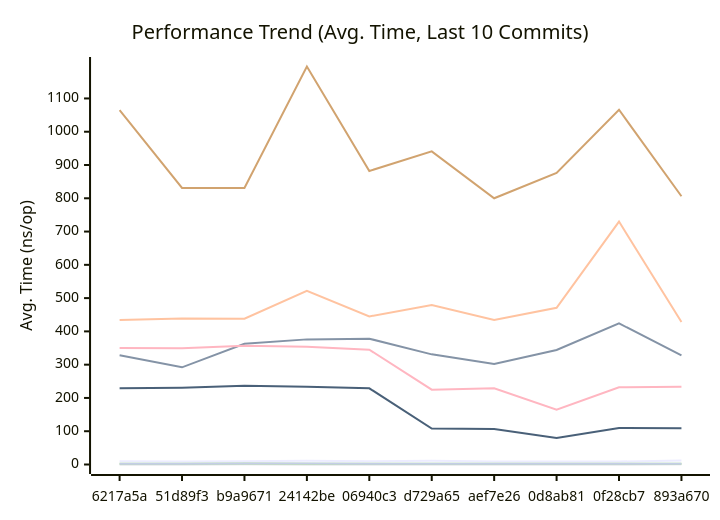
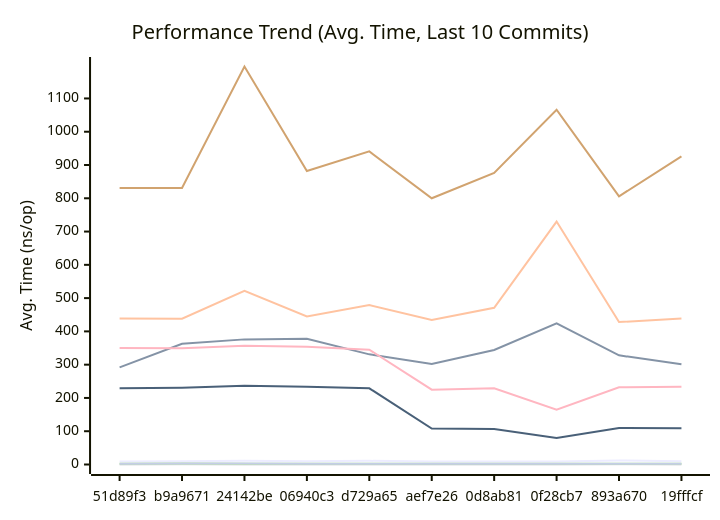
The first of 3 diagrams in docs/PERFORMANCE.md (alsotoes/momo), drawn with Mermaid before and after one commit. The commit also changed other lines of this file and 3 other files, not shown here.

````diff
--- a/docs/PERFORMANCE.md
+++ b/docs/PERFORMANCE.md
@@ -80,16 +80,16 @@
 ```mermaid
 xychart-beta
     title "Performance Trend (Avg. Time, Last 10 Commits)"
     x-axis "Commit"
     y-axis "Avg. Time (ns/op)"
-    x-axis [6217a5a,51d89f3,b9a9671,24142be,06940c3,d729a65,aef7e26,0d8ab81,0f28cb7,893a670]
-    line "CheckMetricsAndSwap" [10,9,10,11,10,11,9,9,9,12]
-    line "CrushOptimized" [328,292,363,376,378,331,302,344,424,328]
-    line "CrushOriginal" [434,439,438,522,445,479,434,471,730,428]
-    line "IndexDirectTracking" [0,0,1,0,0,0,0,0,0,1]
-    line "IndexSearch" [2,2,3,2,2,2,2,2,2,2]
-    line "LoadGlobalConfig" [1065,831,831,1196,882,941,800,876,1066,806]
-    line "PadString" [2,2,3,3,2,2,2,2,2,2]
+    x-axis [51d89f3,b9a9671,24142be,06940c3,d729a65,aef7e26,0d8ab81,0f28cb7,893a670,19fffcf]
+    line "CheckMetricsAndSwap" [9,10,11,10,11,9,9,9,12,10]
+    line "CrushOptimized" [292,363,376,378,331,302,344,424,328,301]
+    line "CrushOriginal" [439,438,522,445,479,434,471,730,428,439]
+    line "IndexDirectTracking" [0,1,0,0,0,0,0,0,1,0]
+    line "IndexSearch" [2,3,2,2,2,2,2,2,2,2]
+    line "LoadGlobalConfig" [831,831,1196,882,941,800,876,1066,806,926]
+    line "PadString" [2,3,3,2,2,2,2,2,2,2]
     line "ParseReplicationOrder_NoPrealloc" [350,349,357,354,345,225,229,165,232,234]
     line "ParseReplicationOrder_Prealloc" [229,231,237,234,229,108,107,80,110,109]
 ```
````
